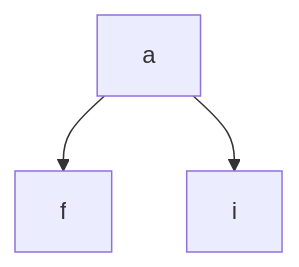
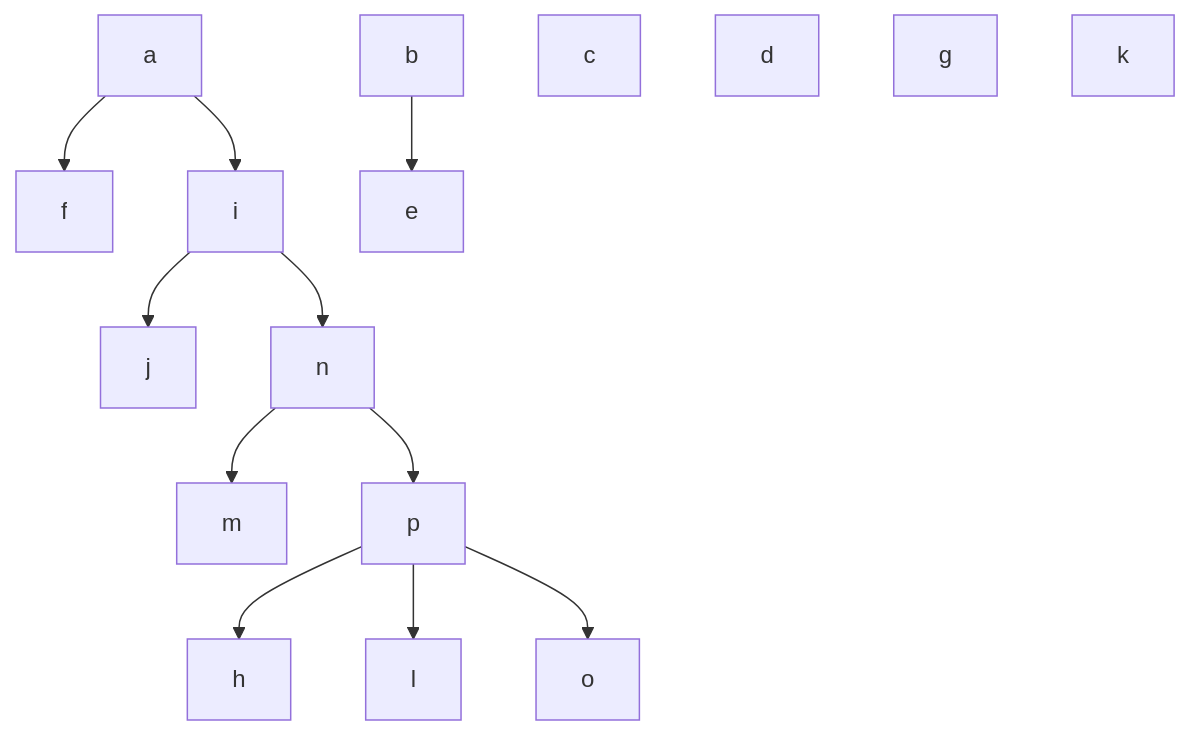
One commit to olywoolsey/Notes changed the diagram in Assessments/Algorithms 1.md. Above: the diagram before and after it, drawn with Mermaid. The commit also changed other lines of this file, not shown here.

Commit message:
vault backup: 2024-02-21 19:17:22

````diff
--- a/Assessments/Algorithms 1.md
+++ b/Assessments/Algorithms 1.md
@@ -23,6 +23,17 @@
 ```mermaid
 graph
 a-->f
 a-->i
-
+i-->j
+i-->n
+n-->m
+n-->p
+p-->h
+p-->l
+p-->o
+b-->e
+c
+d
+g
+k
 ```
````
